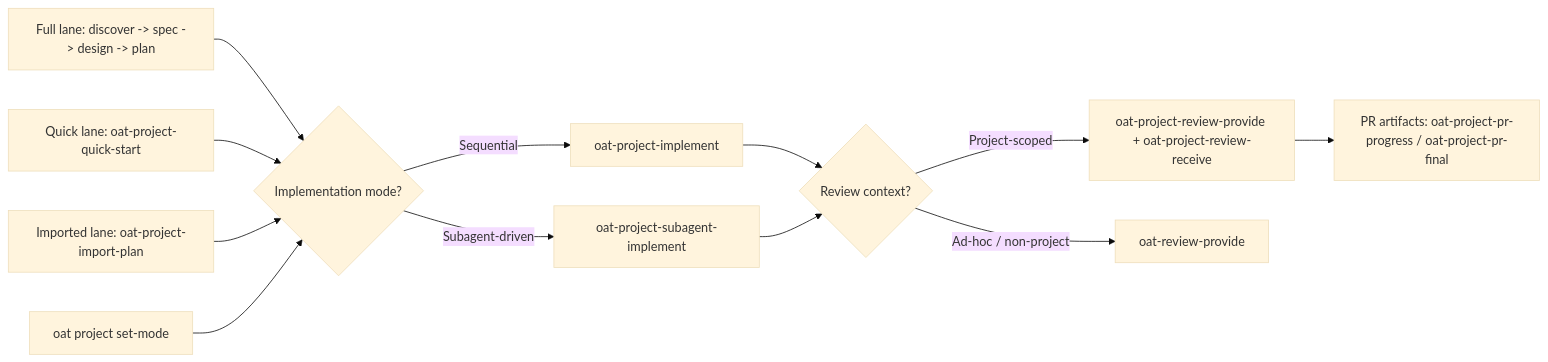
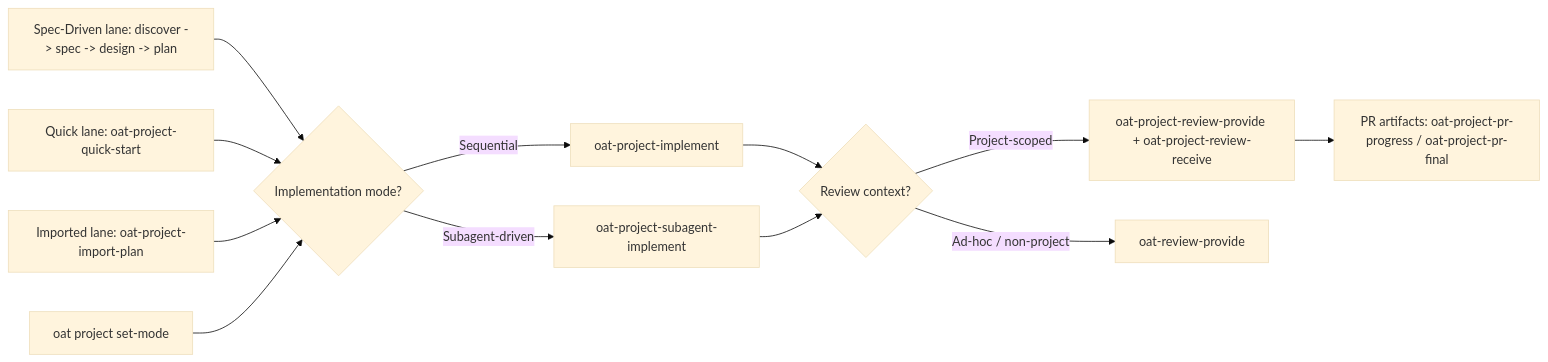
One commit to voxmedia/open-agent-toolkit changed the second of 2 diagrams in README.md. Above: the diagram before and after it, drawn with Mermaid (base theme). The commit also changed other lines of this file and 45 other files, not shown here.

Commit message:
PR: rename-full-to-spec-driven-workflow (#30)

````diff
--- a/README.md
+++ b/README.md
@@ -223,14 +223,14 @@
 ```mermaid
 flowchart LR
-  Full["Full lane: discover -> spec -> design -> plan"] --> Mode{"Implementation mode?"}
+  SpecDriven["Spec-Driven lane: discover -> spec -> design -> plan"] --> Mode{"Implementation mode?"}
   Quick["Quick lane: oat-project-quick-start"] --> Mode
   Import["Imported lane: oat-project-import-plan"] --> Mode
   Mode -->|Sequential| ImplementSeq["oat-project-implement"]
   Mode -->|Subagent-driven| ImplementSub["oat-project-subagent-implement"]
   SetMode["oat project set-mode <mode>"] --> Mode
   ImplementSeq --> Review{"Review context?"}
   ImplementSub --> Review
   Review -->|Project-scoped| ProjectReview["oat-project-review-provide + oat-project-review-receive"]
   Review -->|Ad-hoc / non-project| AdHocReview["oat-review-provide"]
   ProjectReview --> PR["PR artifacts: oat-project-pr-progress / oat-project-pr-final"]
 ```
````
